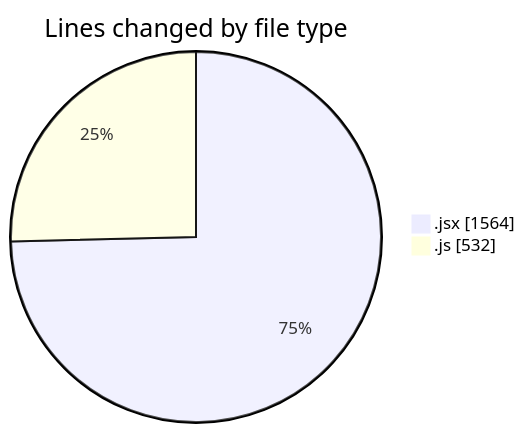
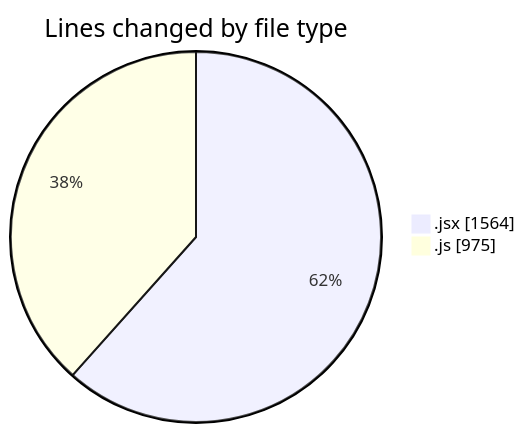
The first of 2 diagrams in 2025-11-06/nxtqube_webapp/README.md (nxtqubesakshisongat/code-tracking), drawn with Mermaid before and after one commit. The commit also changed other lines of this file and 1 other file, not shown here.

````diff
--- a/2025-11-06/nxtqube_webapp/README.md
+++ b/2025-11-06/nxtqube_webapp/README.md
@@ -25,6 +26,6 @@
 ```mermaid
 pie showData
 title Lines changed by file type
 ".jsx" : 1564
-".js" : 532
+".js" : 975
 ```
````
